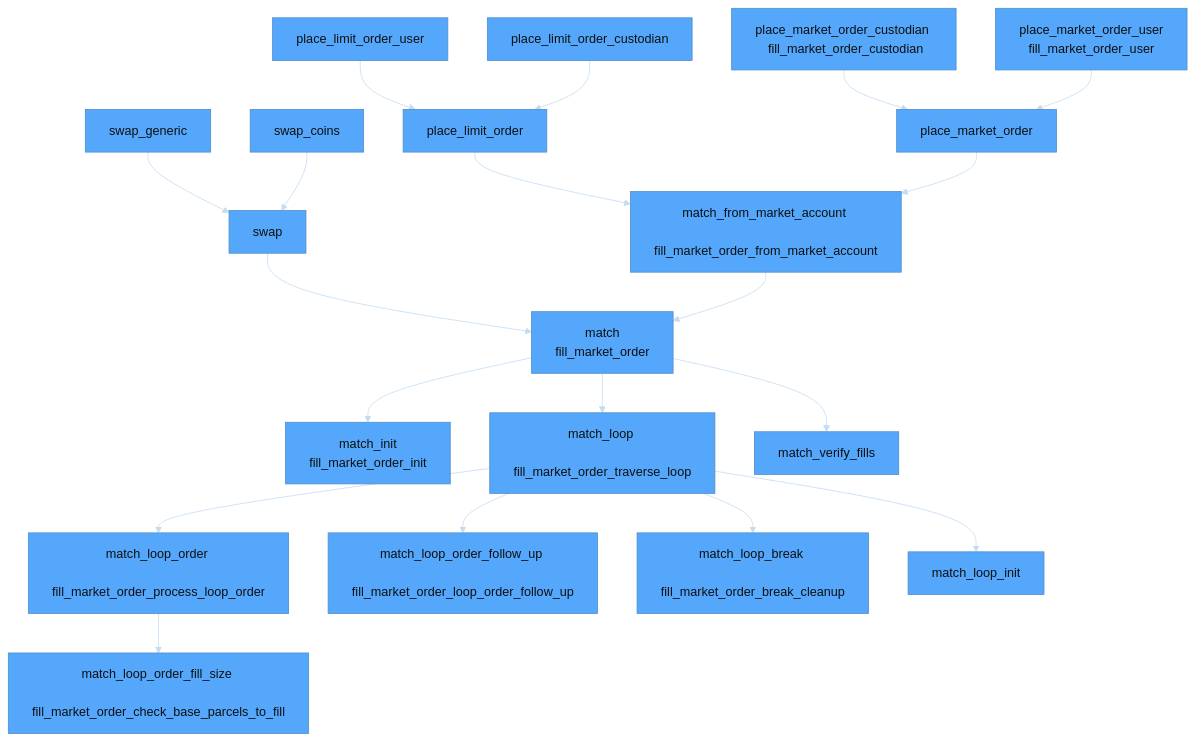
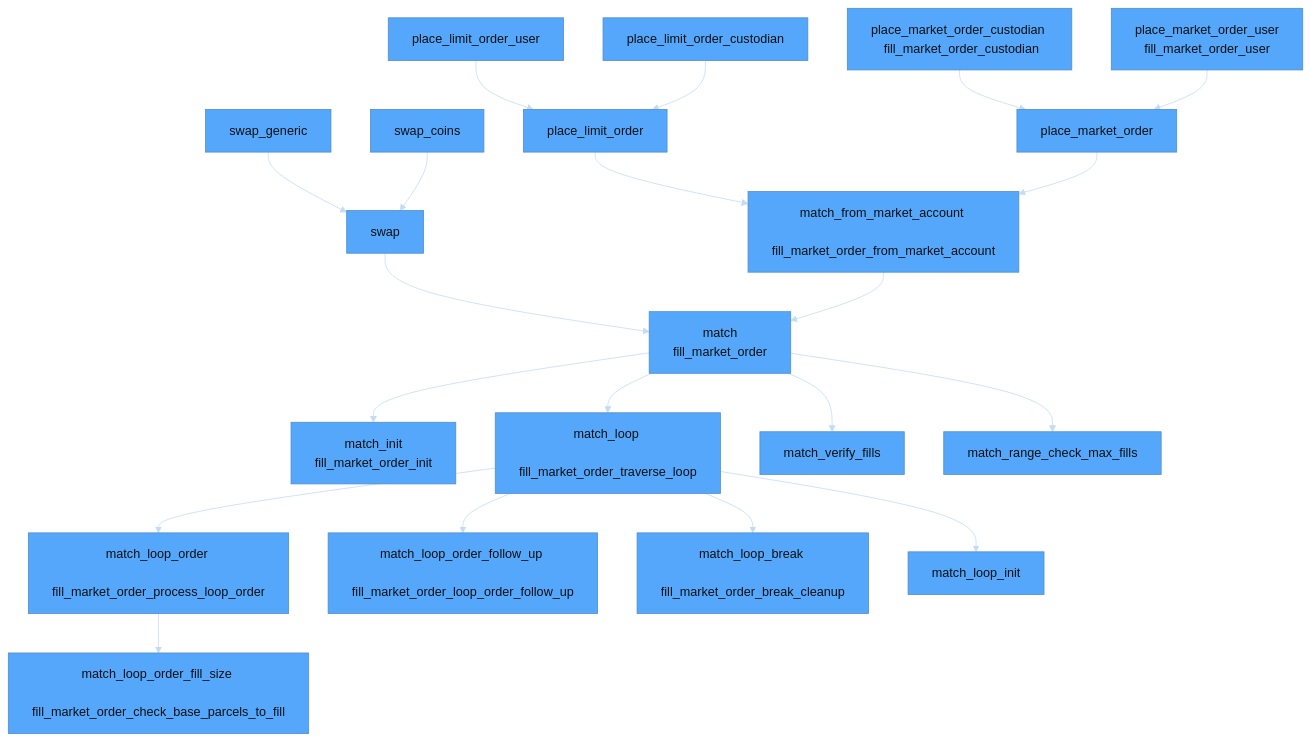
One commit to econia-labs/econia changed the third of 3 diagrams in src/move/econia/dependencies.md. Above: the diagram before and after it, drawn with Mermaid. The commit also changed 2 other files, not shown here.

Commit message:
Add fill verification func, tests

````diff
--- a/src/move/econia/dependencies.md
+++ b/src/move/econia/dependencies.md
@@ -49,76 +49,79 @@
 ```mermaid
 
 %%{init: {'theme': 'base', 'themeVariables': {'primaryColor': '#54a7fa', 'lineColor': '#c4dcf1', 'primaryTextColor': '#0d1013', 'secondaryColor': '#c4dcf1'}}}%%
 
 flowchart TD
 
 %% Node definitions
 
     match[match <br/> fill_market_order]
     match_from_market_account[match_from_market_account <br/> fill_market_order_from_market_account]
     match_init[match_init <br> fill_market_order_init]
     swap[swap]
     place_market_order[place_market_order]
     place_market_order_custodian[place_market_order_custodian <br/> fill_market_order_custodian]
     place_market_order_user[place_market_order_user <br/> fill_market_order_user]
     place_limit_order[place_limit_order]
     place_limit_order_custodian[place_limit_order_custodian]
     place_limit_order_user[place_limit_order_user]
     match_loop[match_loop <br/> fill_market_order_traverse_loop]
     match_loop_order[match_loop_order <br/> fill_market_order_process_loop_order]
     match_loop_order_fill_size[match_loop_order_fill_size <br/> fill_market_order_check_base_parcels_to_fill]
     match_loop_order_follow_up[match_loop_order_follow_up <br/> fill_market_order_loop_order_follow_up]
     match_loop_break[match_loop_break <br/> fill_market_order_break_cleanup]
     swap_coins[swap_coins]
     swap_generic[swap_generic]
     match_verify_fills[match_verify_fills]
     match_loop_init[match_loop_init]
+    match_range_check_max_fills[match_range_check_max_fills]
 
 %% Class definitions
 
     classDef partially_implemented fill:#a020f0 %% Purple
     classDef implemented fill:#32cd32 %% Lime Green
     classDef unimplemented fill:#708090 %% Slate Gray
 
-    class match_verify_fills unimplemented;
+    class match_verify_fills implemented;
     class swap_coins unimplemented;
     class swap_generic unimplemented
     class match partially_implemented;
     class match_from_market_account unimplemented;
     class match_init implemented;
     class swap unimplemented;
     class place_market_order unimplemented;
     class place_market_order_custodian unimplemented;
     class place_market_order_user unimplemented;
     class place_limit_order partially_implemented;
     class place_limit_order_custodian partially_implemented;
     class place_limit_order_user partially_implemented;
     class match_loop implemented;
     class match_loop_order implemented;
     class match_loop_order_fill_size implemented;
     class match_loop_order_follow_up implemented;
     class match_loop_break implemented;
-    class match_loop_init implemented
+    class match_loop_init implemented;
+    class match_range_check_max_fills unimplemented;
 
 %% Node relationships
 
+    match --> match_range_check_max_fills
     match --> match_verify_fills
     swap_generic --> swap
     swap_coins --> swap
     place_limit_order_user --> place_limit_order
     place_limit_order_custodian --> place_limit_order
     place_limit_order --> match_from_market_account
     place_market_order --> match_from_market_account
     place_market_order_custodian --> place_market_order
     swap --> match
     place_market_order_user --> place_market_order
     match --> match_init
     match --> match_loop
     match_from_market_account --> match
     match_loop_order --> match_loop_order_fill_size
     match_loop --> match_loop_init
     match_loop --> match_loop_order
     match_loop --> match_loop_order_follow_up
     match_loop --> match_loop_break
 
 ```
````
